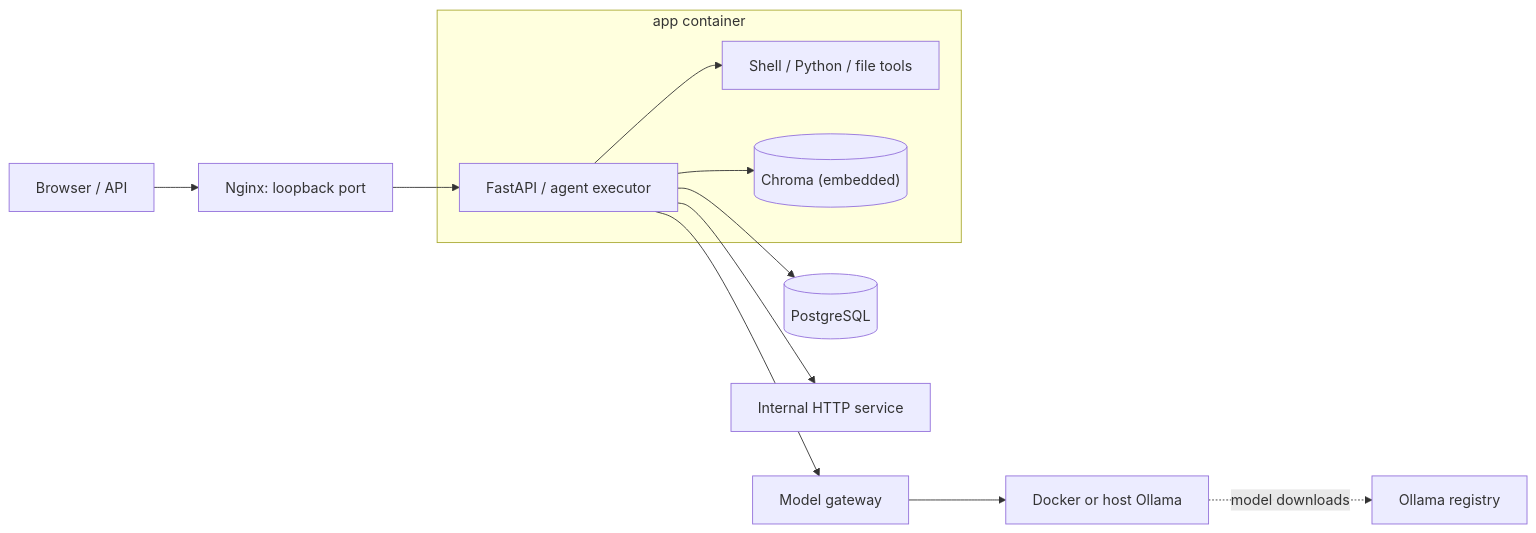
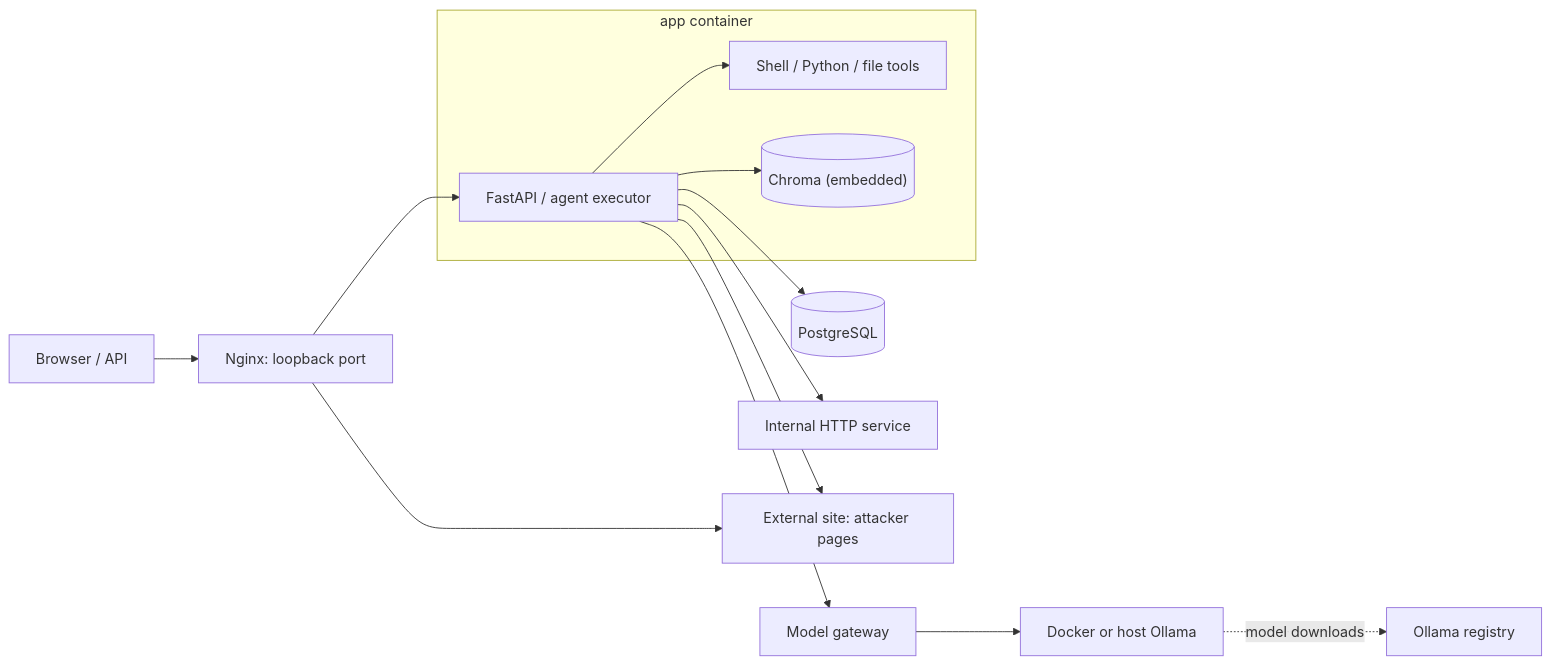
One commit to cyberdes-security/vulnlm changed the diagram in README.md. Above: the diagram before and after it, drawn with Mermaid. The commit also changed other lines of this file and 26 other files, not shown here.

Commit message:
move tool-result injection to a standalone external site

````diff
--- a/README.md
+++ b/README.md
@@ -121,17 +121,19 @@
 ```mermaid
 flowchart LR
     Client[Browser / API] --> Edge[Nginx: loopback port]
     subgraph AppContainer [app container]
         App[FastAPI / agent executor]
         Tools[Shell / Python / file tools]
         Index[("Chroma (embedded)")]
     end
     Edge --> App
     App --> Tools
     App --> Index
     App --> DB[(PostgreSQL)]
     App --> Internal[Internal HTTP service]
+    Edge --> Site[External site: attacker pages]
+    App --> Site
     App --> Gateway[Model gateway]
     Gateway --> Ollama[Docker or host Ollama]
     Ollama -. model downloads .-> Registry[Ollama registry]
 ```
````
